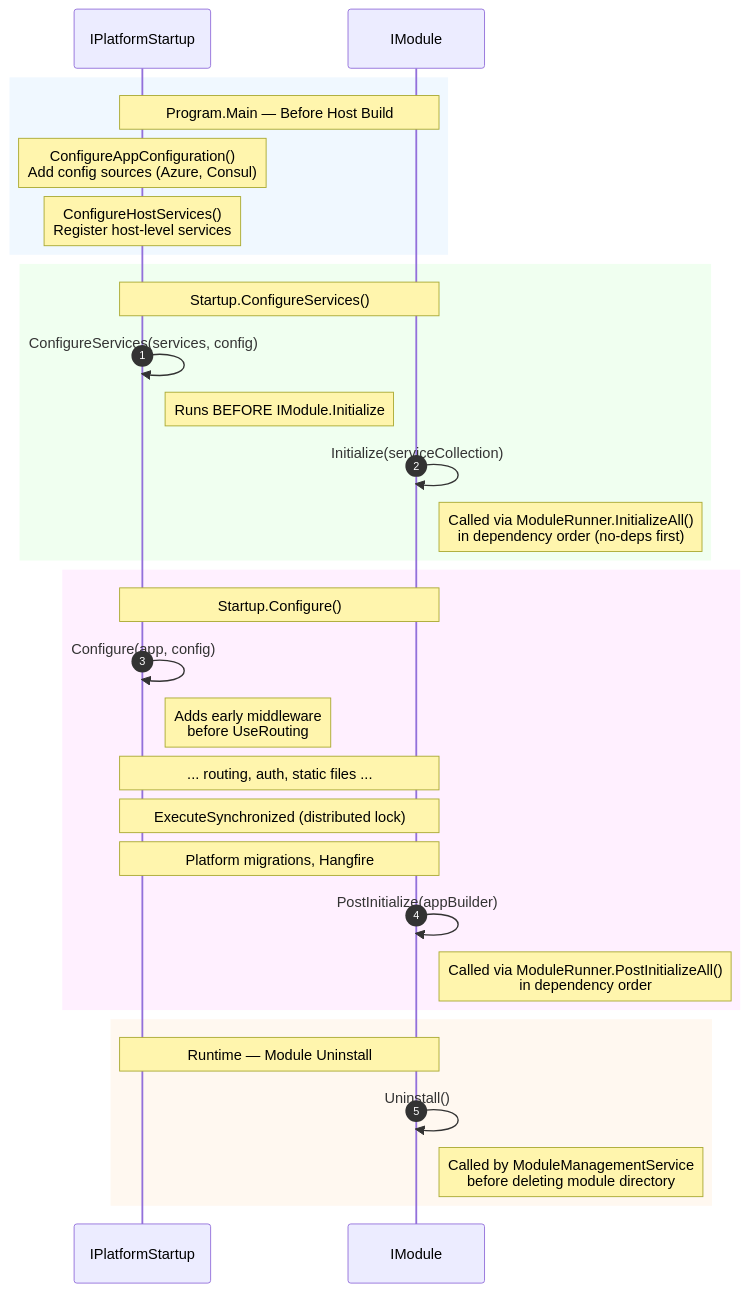
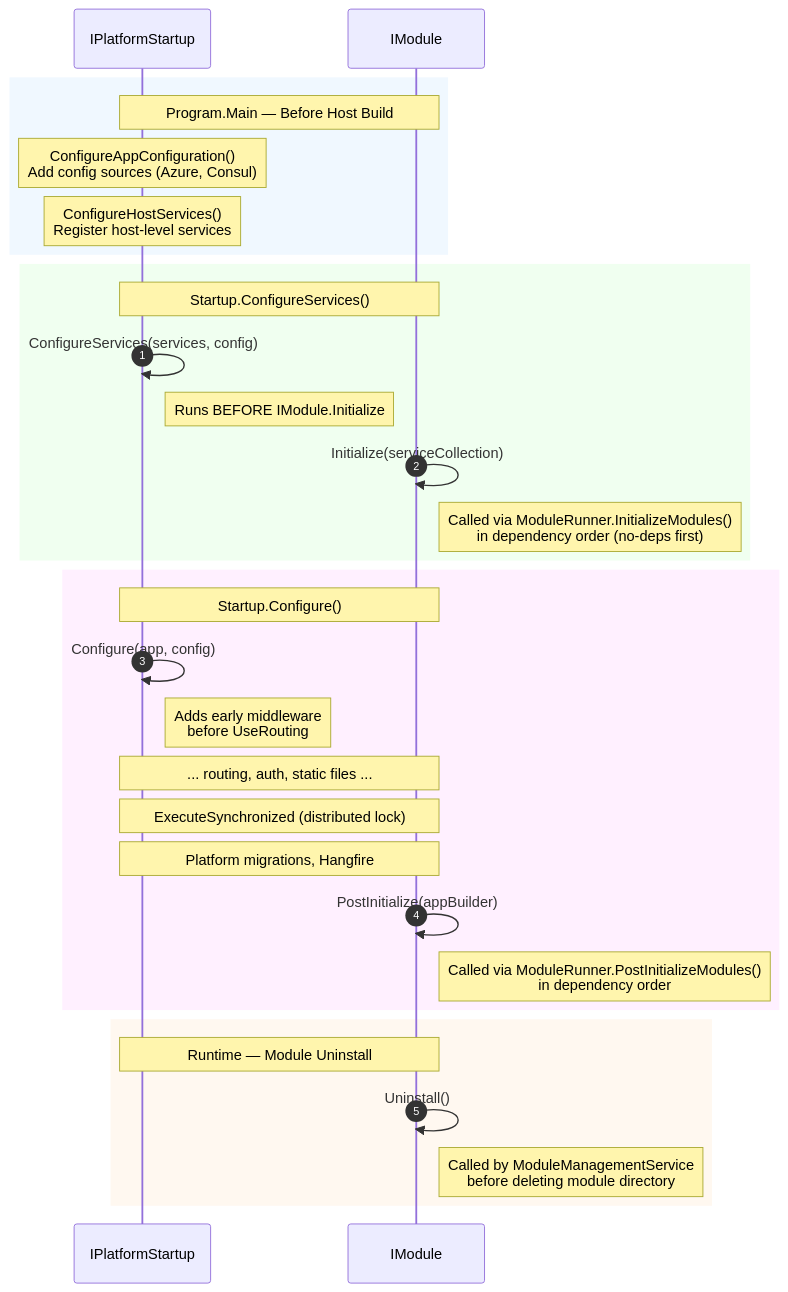
Before and after one commit to VirtoCommerce/vc-platform: the second of 3 diagrams in docs/modularity.md, drawn with Mermaid. The commit also changed other lines of this file, not shown here.

````diff
--- a/docs/modularity.md
+++ b/docs/modularity.md
@@ -158,41 +156,41 @@
 ```mermaid
 sequenceDiagram
     autonumber
     participant PS as IPlatformStartup
     participant IM as IModule
 
     rect rgb(240, 248, 255)
     Note over PS,IM: Program.Main — Before Host Build
     Note over PS: ConfigureAppConfiguration()<br/>Add config sources (Azure, Consul)
     Note over PS: ConfigureHostServices()<br/>Register host-level services
     end
 
     rect rgb(240, 255, 240)
     Note over PS,IM: Startup.ConfigureServices()
     PS->>PS: ConfigureServices(services, config)
     Note right of PS: Runs BEFORE IModule.Initialize
 
     IM->>IM: Initialize(serviceCollection)
-    Note right of IM: Called via ModuleRunner.InitializeAll()<br/>in dependency order (no-deps first)
+    Note right of IM: Called via ModuleRunner.InitializeModules()<br/>in dependency order (no-deps first)
     end
 
     rect rgb(255, 240, 255)
     Note over PS,IM: Startup.Configure()
     PS->>PS: Configure(app, config)
     Note right of PS: Adds early middleware<br/>before UseRouting
 
     Note over PS,IM: ... routing, auth, static files ...
 
     Note over PS,IM: ExecuteSynchronized (distributed lock)
     Note over PS,IM: Platform migrations, Hangfire
 
     IM->>IM: PostInitialize(appBuilder)
-    Note right of IM: Called via ModuleRunner.PostInitializeAll()<br/>in dependency order
+    Note right of IM: Called via ModuleRunner.PostInitializeModules()<br/>in dependency order
     end
 
     rect rgb(255, 248, 240)
     Note over PS,IM: Runtime — Module Uninstall
     IM->>IM: Uninstall()
     Note right of IM: Called by ModuleManagementService<br/>before deleting module directory
     end
 ```
````
